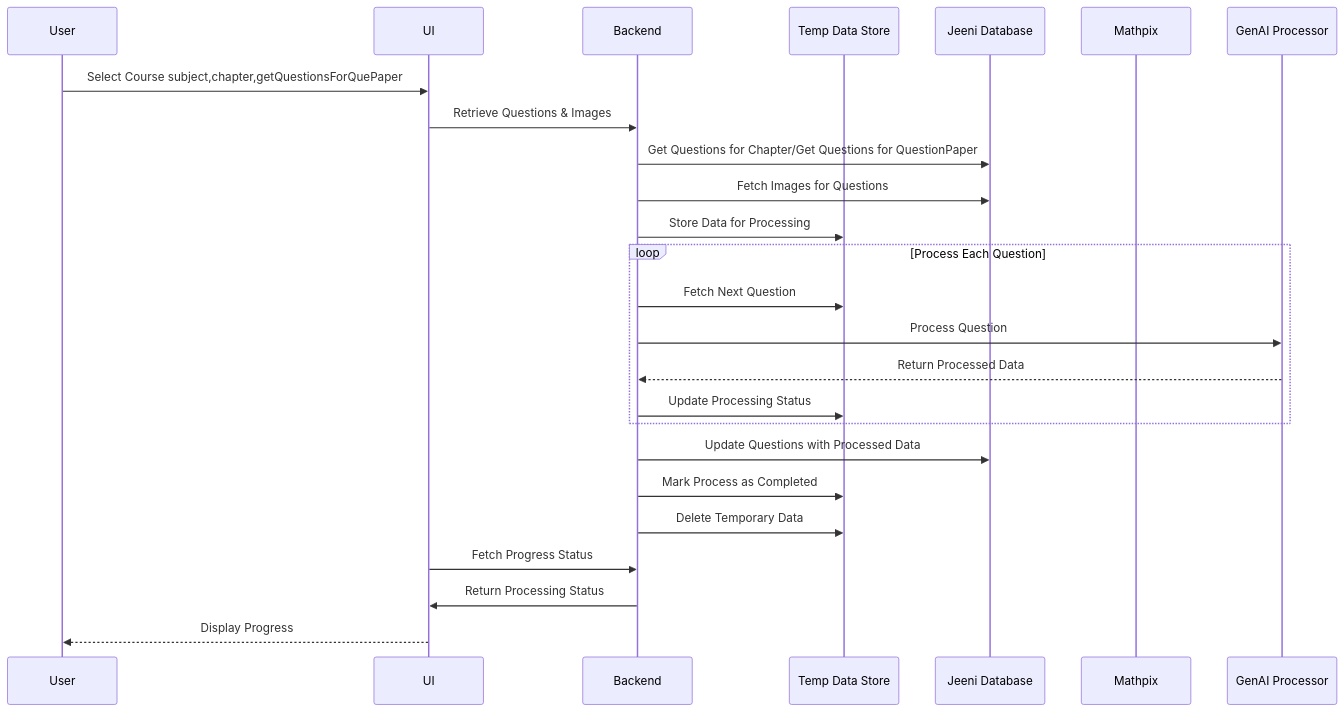
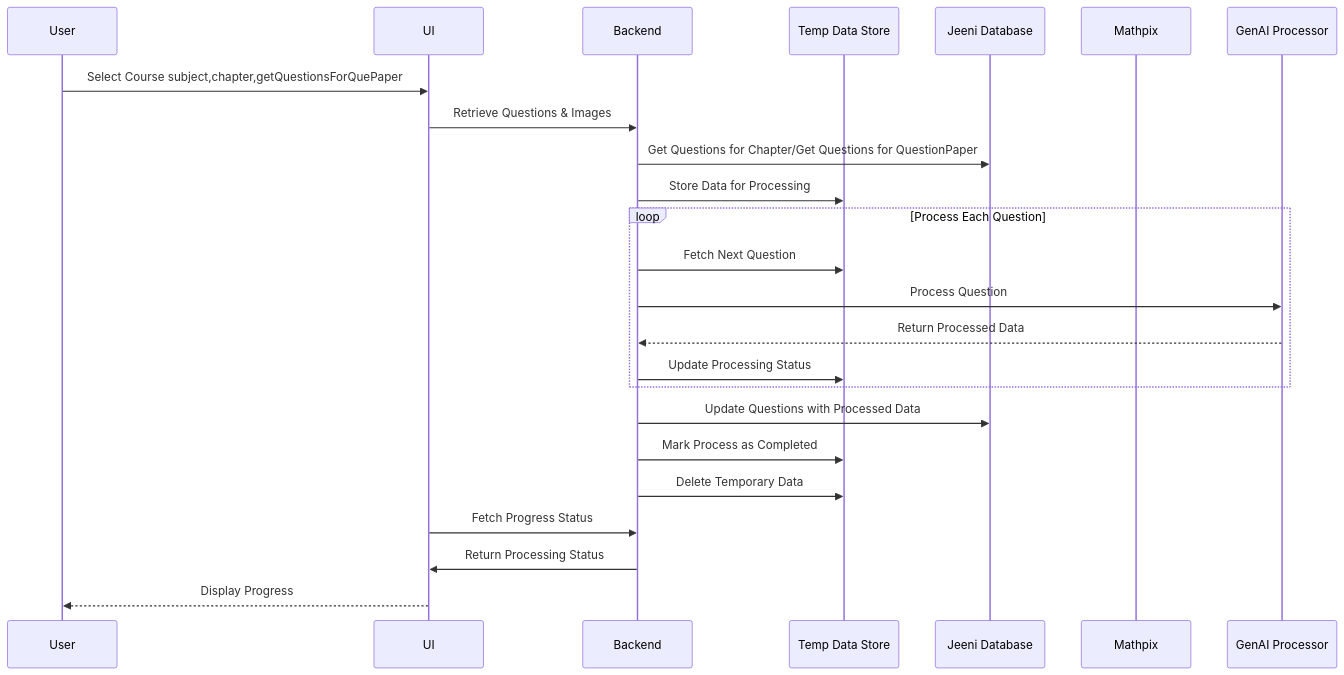
Before and after one commit to MayuriSutar12/Documentation: the diagram in docs/sequence_digram.md, drawn with Mermaid.

````diff
--- a/docs/sequence_digram.md
+++ b/docs/sequence_digram.md
@@ -2,33 +2,32 @@
 ```mermaid
 sequenceDiagram
     participant User as User
     participant UI as UI
     participant Backend as Backend
     participant TempDB as Temp Data Store
     participant JeeniDB as Jeeni Database
     participant Mathpix as Mathpix
     participant GenAI as GenAI Processor
 
     User ->> UI: Select Course subject,chapter,getQuestionsForQuePaper
     UI ->> Backend: Retrieve Questions & Images
     Backend ->> JeeniDB: Get Questions for Chapter/Get Questions for QuestionPaper
-    Backend ->> JeeniDB: Fetch Images for Questions
     Backend ->> TempDB: Store Data for Processing
 
     loop Process Each Question
         Backend ->> TempDB: Fetch Next Question
         Backend ->> GenAI: Process Question
         GenAI -->> Backend: Return Processed Data
         Backend ->> TempDB: Update Processing Status
     end
 
     Backend ->> JeeniDB: Update Questions with Processed Data
     Backend ->> TempDB: Mark Process as Completed
     Backend ->> TempDB: Delete Temporary Data
 
     UI ->> Backend: Fetch Progress Status
     Backend ->> UI: Return Processing Status
     UI -->> User: Display Progress
 
 
 ```
````
